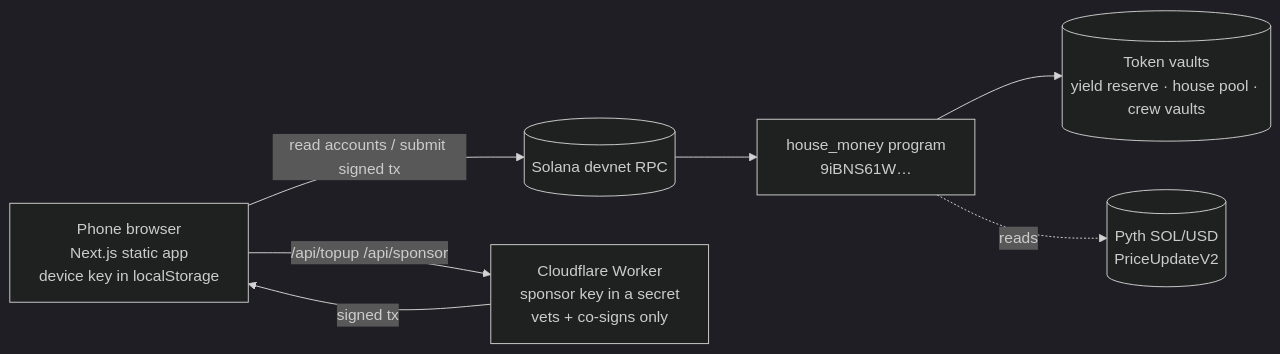
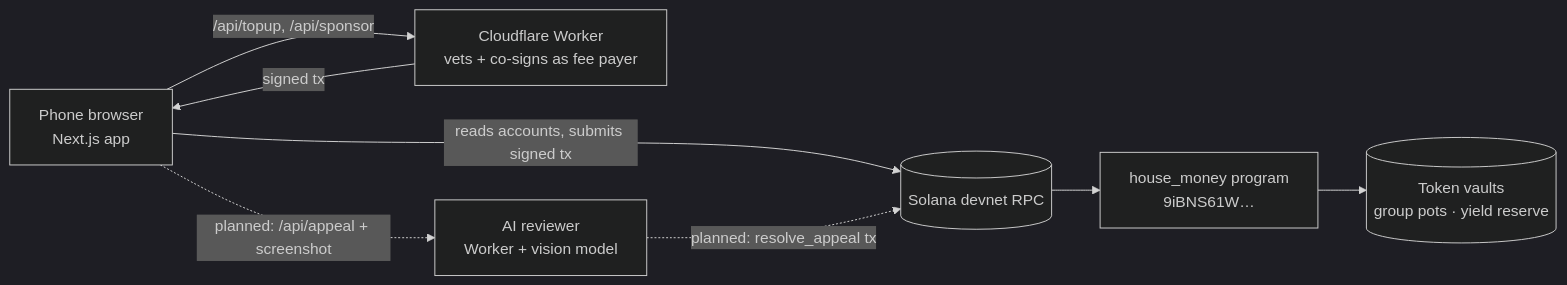
Before and after one commit to jairoamayac/ubc-hackathon: the first of 2 diagrams in docs/architecture-v2.md, drawn with Mermaid (dark theme). The commit also changed other lines of this file and 4 other files, not shown here.

````diff
--- a/docs/architecture-v2.md
+++ b/docs/architecture-v2.md
@@ -7,9 +21,10 @@
 ```mermaid
 flowchart LR
-  P[Phone browser<br/>Next.js static app<br/>device key in localStorage] -- read accounts / submit signed tx --> RPC[(Solana devnet RPC)]
-  P -- /api/topup /api/sponsor --> W[Cloudflare Worker<br/>sponsor key in a secret<br/>vets + co-signs only]
+  P[Phone browser<br/>Next.js app] -- reads accounts, submits signed tx --> RPC[(Solana devnet RPC)]
+  P -- /api/topup, /api/sponsor --> W[Cloudflare Worker<br/>vets + co-signs as fee payer]
   W -- signed tx --> P
+  P -. planned: /api/appeal + screenshot .-> AI[AI reviewer<br/>Worker + vision model]
+  AI -. planned: resolve_appeal tx .-> RPC
   RPC --> PRG[house_money program<br/>9iBNS61W…]
-  PRG --> V[(Token vaults<br/>yield reserve · house pool · crew vaults)]
-  PRG -. reads .-> PY[(Pyth SOL/USD<br/>PriceUpdateV2)]
+  PRG --> V[(Token vaults<br/>group pots · yield reserve)]
 ```
````
